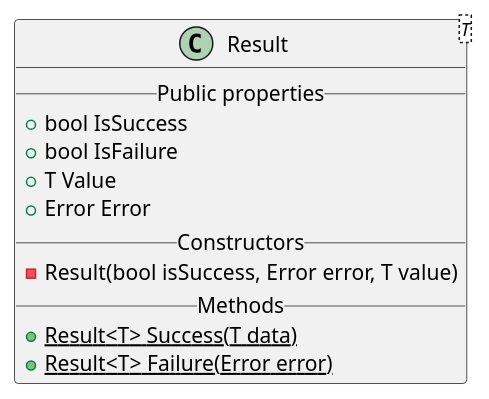
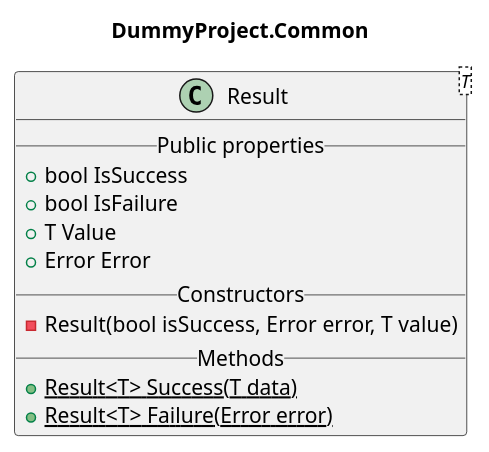
One commit to jcreach/Talk-TestAndCodeReview changed the diagram in src/schemas/DummyProject-cd-ResultClass.pu. Above: the diagram before and after it, drawn with PlantUML. The commit also changed 4 other files, not shown here.

```diff
--- a/src/schemas/DummyProject-cd-ResultClass.pu
+++ b/src/schemas/DummyProject-cd-ResultClass.pu
@@ -1,14 +1,15 @@
 @startuml
+title DummyProject.Common
 class Result<T> {
     __ Public properties __
     +bool IsSuccess
     +bool IsFailure
     +T Value
     +Error Error
     __ Constructors __
     -Result(bool isSuccess, Error error, T value)
     __ Methods __
     +{static}Result<T> Success(T data)
     +{static}Result<T> Failure(Error error)
 }
 @enduml
```
